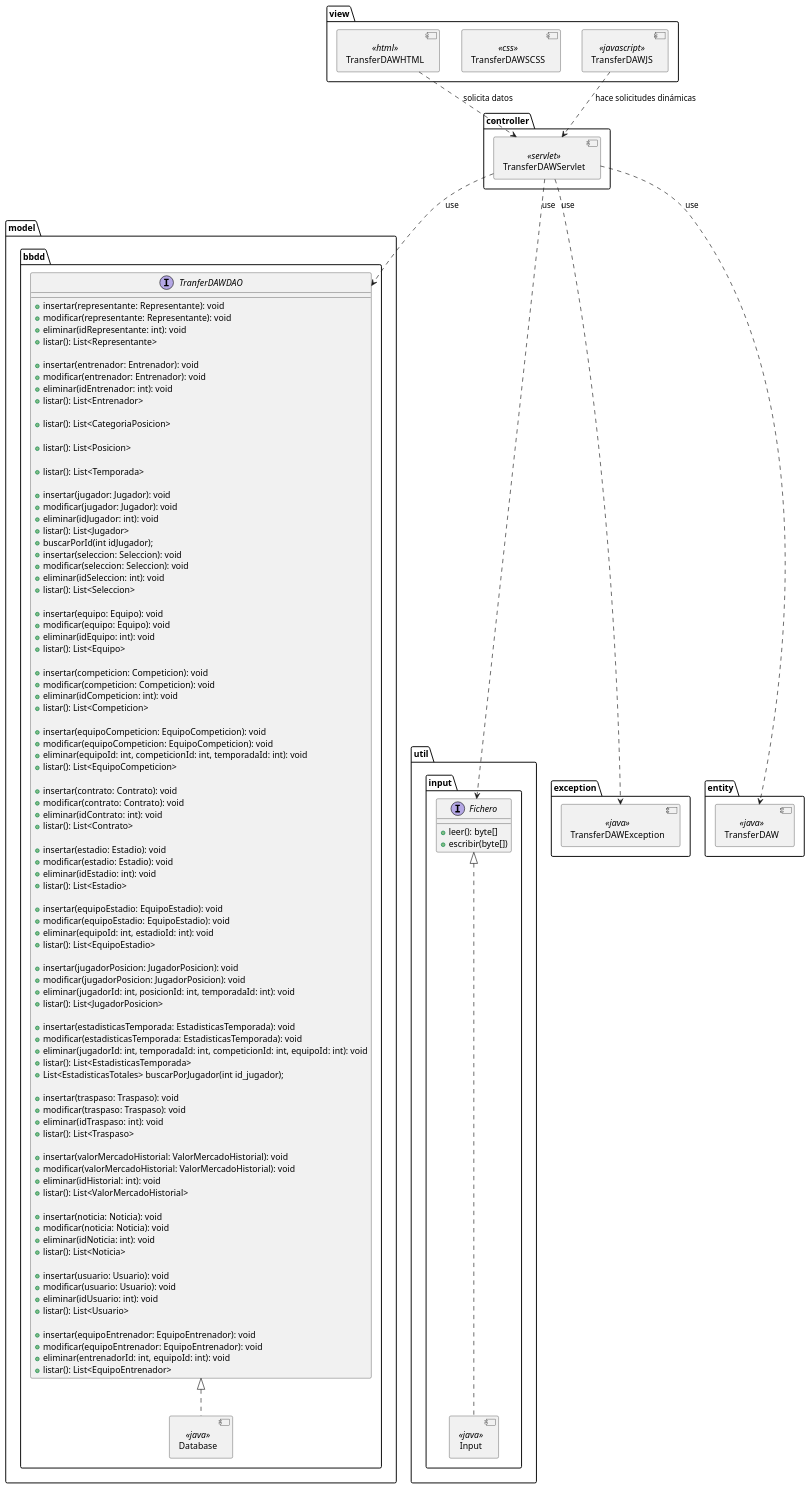
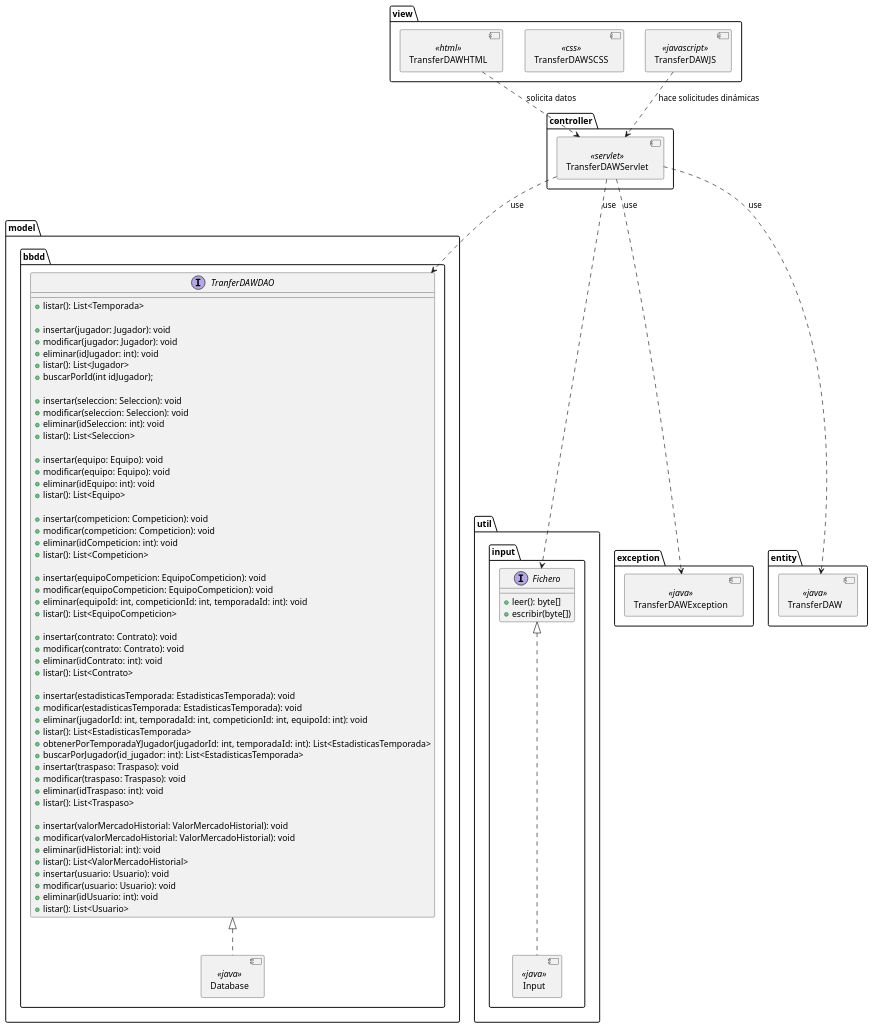
Before and after one commit to IR-Play88/TransferDAW: the diagram in trasnferdaw/design/diagramas/diagrama_de_componentes/diagrama_de_componentes.pu, drawn with PlantUML. The commit also changed 1 other file, not shown here.

Commit message:
He modificado el diagrama de componentes y clases de la bbdd

```diff
--- a/trasnferdaw/design/diagramas/diagrama_de_componentes/diagrama_de_componentes.pu
+++ b/trasnferdaw/design/diagramas/diagrama_de_componentes/diagrama_de_componentes.pu
@@ -1,156 +1,119 @@
 @startuml Diagrama de componente
 allow_mixing
 top to bottom direction
 package "view" {
     component TransferDAWHTML <<html>>
     component TransferDAWSCSS <<css>>
     component TransferDAWJS <<javascript>>
 }
 
 package "controller" {
     component TransferDAWServlet <<servlet>>
 }
 
 TransferDAWHTML ..> TransferDAWServlet : solicita datos
 TransferDAWJS ..> TransferDAWServlet : hace solicitudes dinámicas
 
 package "model"{
 
     package bbdd{
         component Database <<java>>
 
         interface TranferDAWDAO {
-            +insertar(representante: Representante): void
-            +modificar(representante: Representante): void
-            +eliminar(idRepresentante: int): void
-            +listar(): List<Representante>
-
-            +insertar(entrenador: Entrenador): void
-            +modificar(entrenador: Entrenador): void
-            +eliminar(idEntrenador: int): void
-            +listar(): List<Entrenador>
-
-            +listar(): List<CategoriaPosicion>
-
-            +listar(): List<Posicion>
-
             +listar(): List<Temporada>
 
             +insertar(jugador: Jugador): void
             +modificar(jugador: Jugador): void
             +eliminar(idJugador: int): void
             +listar(): List<Jugador>
             +buscarPorId(int idJugador);
-
 
             +insertar(seleccion: Seleccion): void
             +modificar(seleccion: Seleccion): void
             +eliminar(idSeleccion: int): void
             +listar(): List<Seleccion>
 
             +insertar(equipo: Equipo): void
             +modificar(equipo: Equipo): void
             +eliminar(idEquipo: int): void
             +listar(): List<Equipo>
 
             +insertar(competicion: Competicion): void
             +modificar(competicion: Competicion): void
             +eliminar(idCompeticion: int): void
             +listar(): List<Competicion>
 
             +insertar(equipoCompeticion: EquipoCompeticion): void
             +modificar(equipoCompeticion: EquipoCompeticion): void
             +eliminar(equipoId: int, competicionId: int, temporadaId: int): void
             +listar(): List<EquipoCompeticion>
 
             +insertar(contrato: Contrato): void
             +modificar(contrato: Contrato): void
             +eliminar(idContrato: int): void
             +listar(): List<Contrato>
 
-            +insertar(estadio: Estadio): void
-            +modificar(estadio: Estadio): void
-            +eliminar(idEstadio: int): void
-            +listar(): List<Estadio>
-
-            +insertar(equipoEstadio: EquipoEstadio): void
-            +modificar(equipoEstadio: EquipoEstadio): void
-            +eliminar(equipoId: int, estadioId: int): void
-            +listar(): List<EquipoEstadio>
-
-            +insertar(jugadorPosicion: JugadorPosicion): void
-            +modificar(jugadorPosicion: JugadorPosicion): void
-            +eliminar(jugadorId: int, posicionId: int, temporadaId: int): void
-            +listar(): List<JugadorPosicion>
-
             +insertar(estadisticasTemporada: EstadisticasTemporada): void
             +modificar(estadisticasTemporada: EstadisticasTemporada): void
             +eliminar(jugadorId: int, temporadaId: int, competicionId: int, equipoId: int): void
             +listar(): List<EstadisticasTemporada>
-            +List<EstadisticasTotales> buscarPorJugador(int id_jugador);
+            +obtenerPorTemporadaYJugador(jugadorId: int, temporadaId: int): List<EstadisticasTemporada>
+            +buscarPorJugador(id_jugador: int): List<EstadisticasTemporada>
+
 
             +insertar(traspaso: Traspaso): void
             +modificar(traspaso: Traspaso): void
             +eliminar(idTraspaso: int): void
             +listar(): List<Traspaso>
 
             +insertar(valorMercadoHistorial: ValorMercadoHistorial): void
             +modificar(valorMercadoHistorial: ValorMercadoHistorial): void
             +eliminar(idHistorial: int): void
             +listar(): List<ValorMercadoHistorial>
 
-            +insertar(noticia: Noticia): void
-            +modificar(noticia: Noticia): void
-            +eliminar(idNoticia: int): void
-            +listar(): List<Noticia>
 
             +insertar(usuario: Usuario): void
             +modificar(usuario: Usuario): void
             +eliminar(idUsuario: int): void
             +listar(): List<Usuario>
-
-            +insertar(equipoEntrenador: EquipoEntrenador): void
-            +modificar(equipoEntrenador: EquipoEntrenador): void
-            +eliminar(entrenadorId: int, equipoId: int): void
-            +listar(): List<EquipoEntrenador>
         }
 
 
     }
 
     TranferDAWDAO <|.. Database
 
 }
 
 package util{
 
     package input{
         component Input <<java>>
         interface Fichero {
             + leer(): byte[]
             + escribir(byte[])
         }
     }
 
     Fichero <|.. Input
 
 }
 
 
 
 package exception{
     component TransferDAWException <<java>>
 }
 
 package entity{
 
     component TransferDAW <<java>>
 }
 
 TransferDAWServlet ..> TransferDAW : use
 TransferDAWServlet ..> Fichero : use
 TransferDAWServlet ..> TranferDAWDAO : use
 
 
 TransferDAWServlet ..> TransferDAWException : use
 @enduml
```
